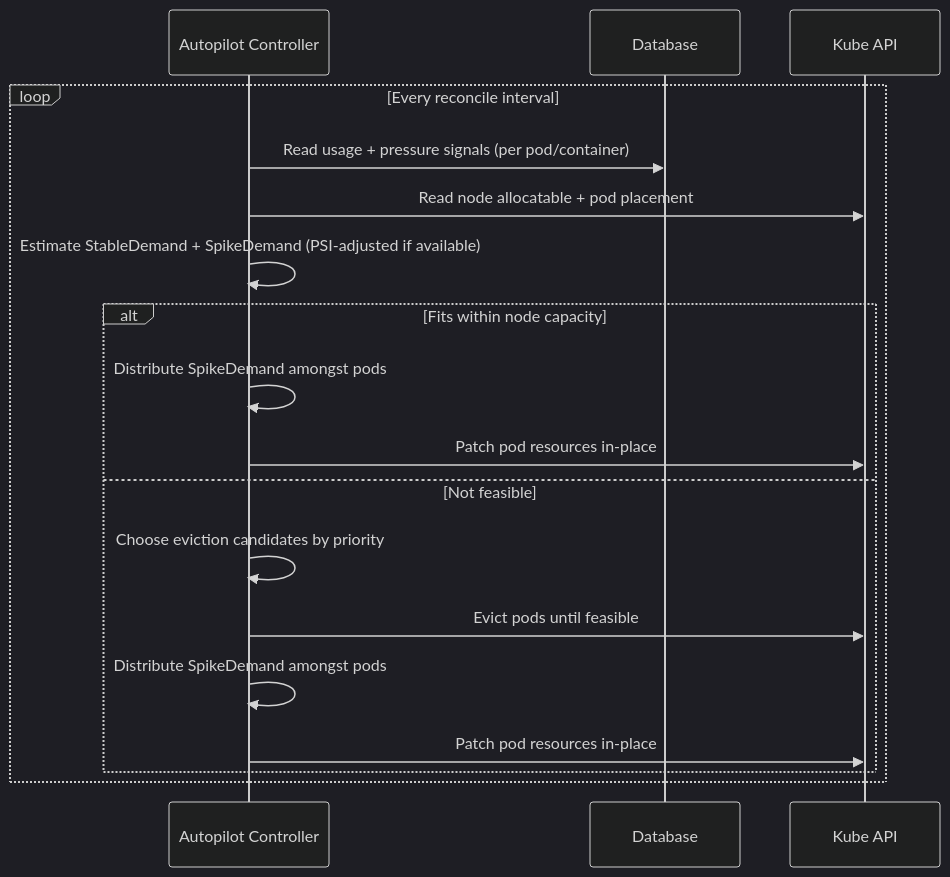
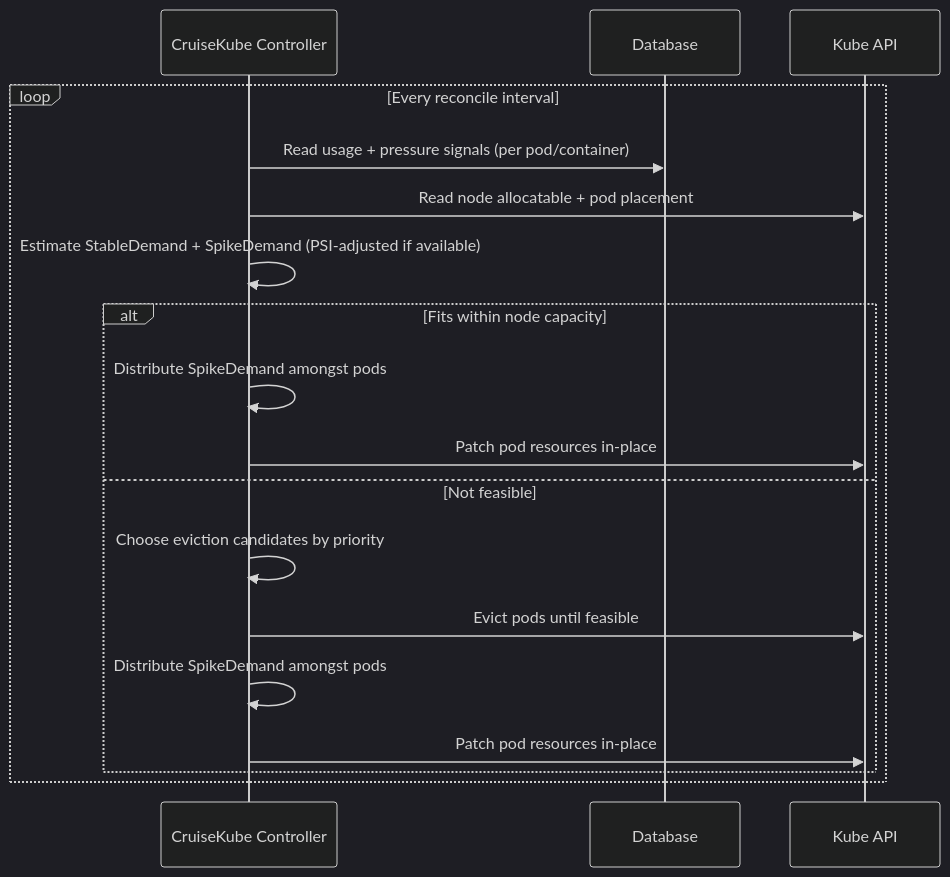
Before and after one commit to truefoundry/CruiseKube: the second of 3 diagrams in docs/src/arch-overview.md, drawn with Mermaid (dark theme). The commit also changed other lines of this file, not shown here.

Commit message:
no autopilot

````diff
--- a/docs/src/arch-overview.md
+++ b/docs/src/arch-overview.md
@@ -73,24 +73,24 @@
 ```mermaid
 sequenceDiagram
-  %% Autopilot Core Loop (simplified)
-  participant C as Autopilot Controller
+  %% CruiseKube Core Loop (simplified)
+  participant C as CruiseKube Controller
   participant M as Database
 %%   participant N as Node
   participant K as Kube API
 
   loop Every reconcile interval
     C->>M: Read usage + pressure signals (per pod/container)
     C->>K: Read node allocatable + pod placement
     %% C->>C: Partition pods (optimizable vs reserved)
     C->>C: Estimate StableDemand + SpikeDemand (PSI-adjusted if available)
     alt Fits within node capacity
       C->>C: Distribute SpikeDemand amongst pods
       C->>K: Patch pod resources in-place
     else Not feasible
       C->>C: Choose eviction candidates by priority
       C->>K: Evict pods until feasible
       C->>C: Distribute SpikeDemand amongst pods
       C->>K: Patch pod resources in-place
     end
   end
 ```
````
